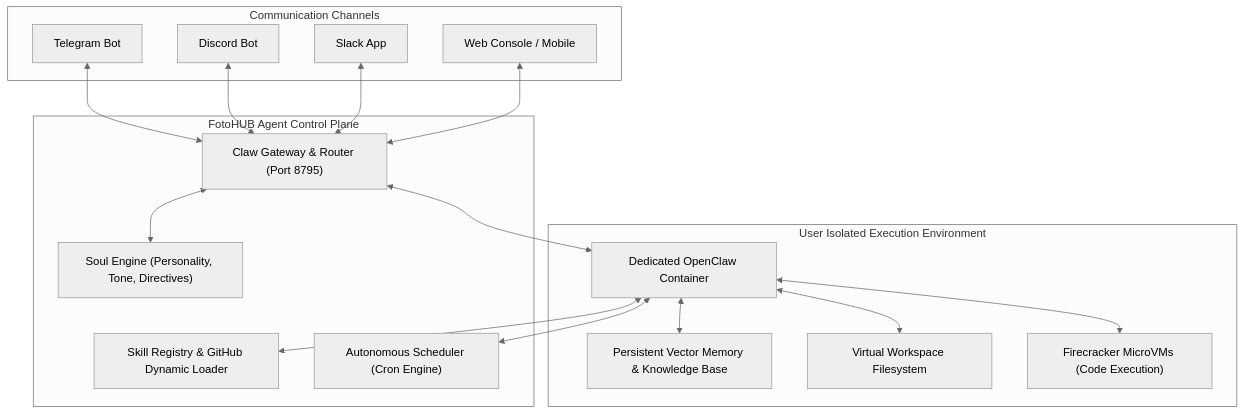
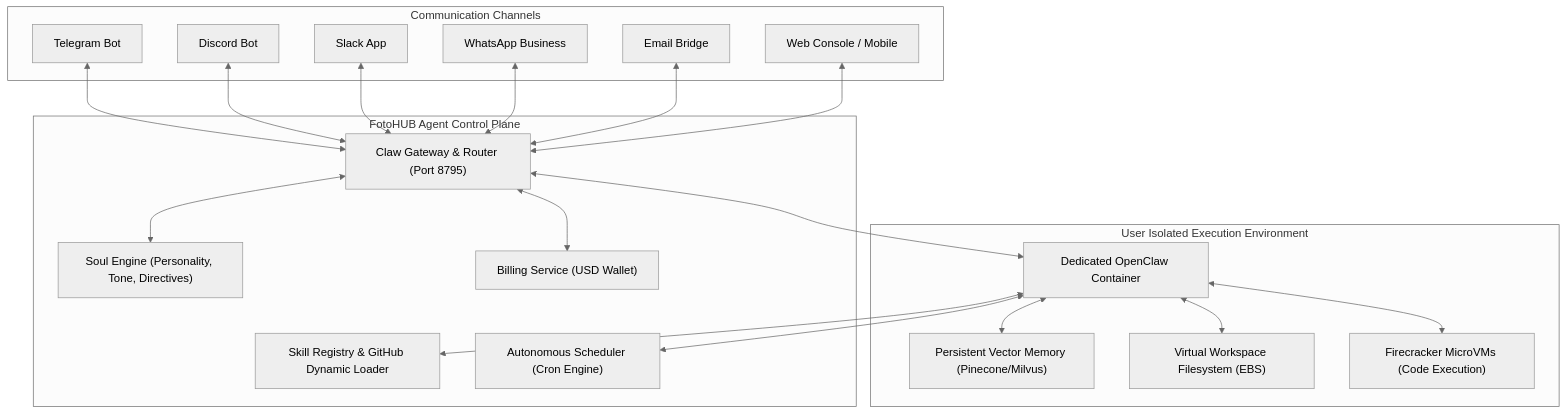
Before and after one commit to fotohubapp/docs: the diagram in compute/fh-claw-assistants.md, drawn with Mermaid (neutral theme). The commit also changed other lines of this file and 18 other files, not shown here.

Commit message:
docs(compute): massively expand full compute suite (19 pages, +15.9k lines) — enterprise blueprints, complete code recipes, deep troubleshooting, USD billing, benchmarks

````diff
--- a/compute/fh-claw-assistants.md
+++ b/compute/fh-claw-assistants.md
@@ -11,27 +18,31 @@
 ```mermaid
 flowchart TD
     subgraph Communication Channels
         TG["Telegram Bot"]
         DC["Discord Bot"]
         SL["Slack App"]
+        WA["WhatsApp Business"]
+        EM["Email Bridge"]
         Web["Web Console / Mobile"]
     end
 
     subgraph FotoHUB Agent Control Plane
         Router["Claw Gateway & Router (Port 8795)"]
         Soul["Soul Engine (Personality, Tone, Directives)"]
         Skills["Skill Registry & GitHub Dynamic Loader"]
         Cron["Autonomous Scheduler (Cron Engine)"]
+        Billing["Billing Service (USD Wallet)"]
     end
 
     subgraph User Isolated Execution Environment
         ClawDocker["Dedicated OpenClaw Container"]
-        MemStore["Persistent Vector Memory & Knowledge Base"]
-        Workspace["Virtual Workspace Filesystem"]
+        MemStore["Persistent Vector Memory (Pinecone/Milvus)"]
+        Workspace["Virtual Workspace Filesystem (EBS)"]
         Sandboxes["Firecracker MicroVMs (Code Execution)"]
     end
 
-    TG & DC & SL & Web <--> Router
+    TG & DC & SL & WA & EM & Web <--> Router
     Router <--> Soul & ClawDocker
+    Router <--> Billing
     ClawDocker <--> Skills & Cron & MemStore & Workspace & Sandboxes
 ```
````
